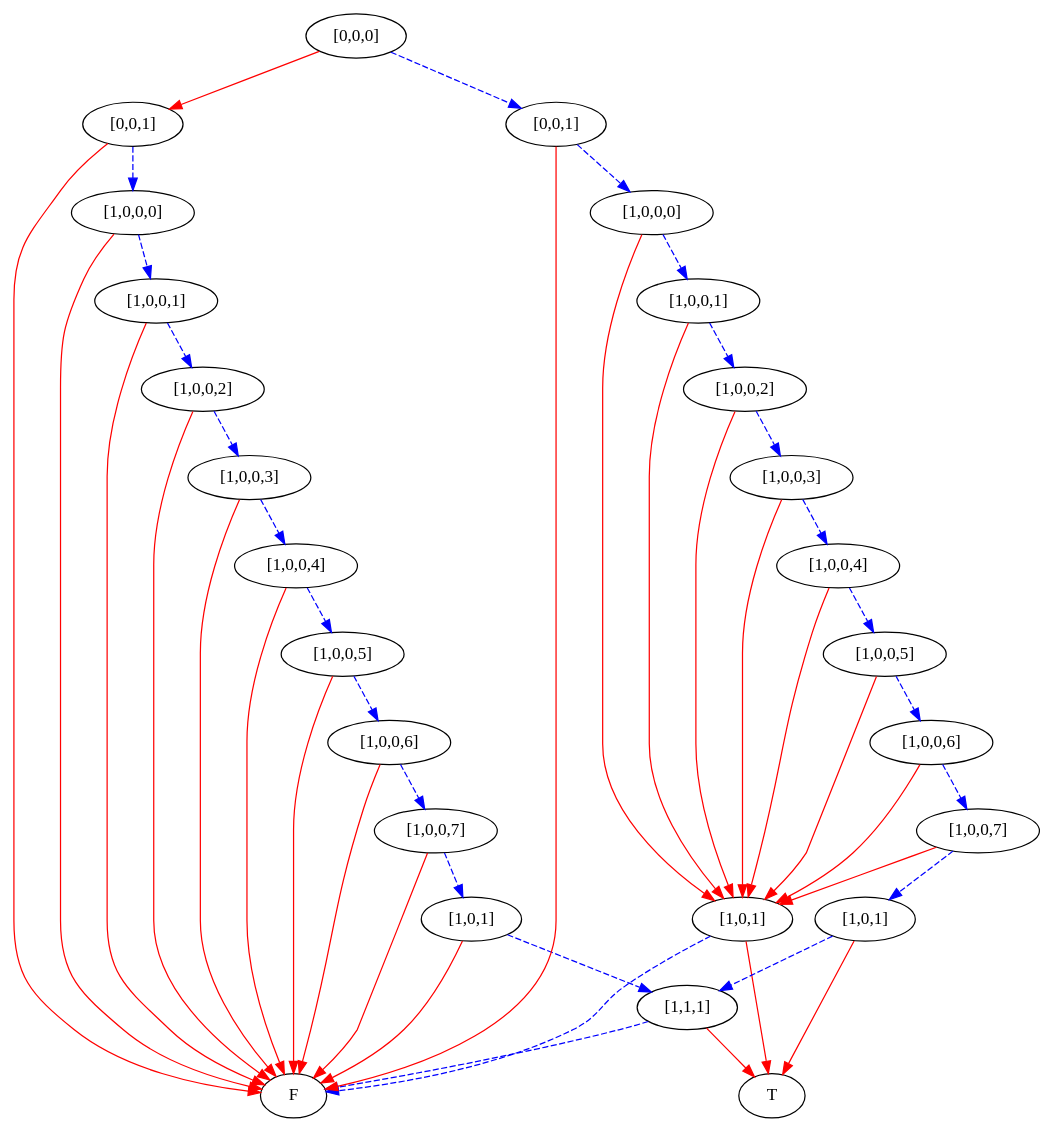
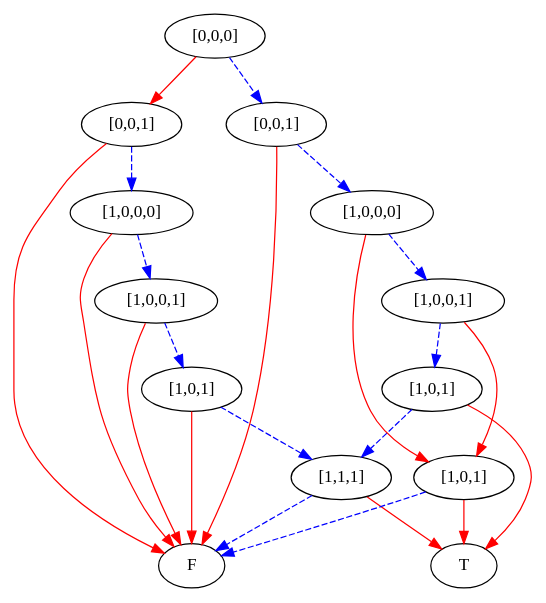
The diagram in simpleProgram5bstates/2.dot (mburyakov/minxmod), drawn with Graphviz before and after one commit. The commit also changed 11 other files, not shown here.

```diff
--- a/simpleProgram5bstates/2.dot
+++ b/simpleProgram5bstates/2.dot
@@ -1,96 +1,48 @@
 digraph {
     1 [label=F];
     2 [label=T];
     3 [label="[1,1,1]"];
     4 [label="[1,0,1]"];
-    5 [label="[1,0,0,7]"];
-    6 [label="[1,0,0,6]"];
-    7 [label="[1,0,0,5]"];
-    8 [label="[1,0,0,4]"];
-    9 [label="[1,0,0,3]"];
-    10 [label="[1,0,0,2]"];
-    11 [label="[1,0,0,1]"];
-    12 [label="[1,0,0,0]"];
-    13 [label="[0,0,1]"];
-    14 [label="[1,0,1]"];
-    15 [label="[1,0,1]"];
-    16 [label="[1,0,0,7]"];
-    17 [label="[1,0,0,6]"];
-    18 [label="[1,0,0,5]"];
-    19 [label="[1,0,0,4]"];
-    20 [label="[1,0,0,3]"];
-    21 [label="[1,0,0,2]"];
-    22 [label="[1,0,0,1]"];
-    23 [label="[1,0,0,0]"];
-    24 [label="[0,0,1]"];
-    25 [label="[0,0,0]"];
+    5 [label="[1,0,0,1]"];
+    6 [label="[1,0,0,0]"];
+    7 [label="[0,0,1]"];
+    8 [label="[1,0,1]"];
+    9 [label="[1,0,1]"];
+    10 [label="[1,0,0,1]"];
+    11 [label="[1,0,0,0]"];
+    12 [label="[0,0,1]"];
+    13 [label="[0,0,0]"];
     3 -> 1 [style=dashed
            ,color=blue];
     3 -> 2 [color=red];
     4 -> 3 [style=dashed
            ,color=blue];
     4 -> 1 [color=red];
     5 -> 4 [style=dashed
            ,color=blue];
     5 -> 1 [color=red];
     6 -> 5 [style=dashed
            ,color=blue];
     6 -> 1 [color=red];
     7 -> 6 [style=dashed
            ,color=blue];
     7 -> 1 [color=red];
-    8 -> 7 [style=dashed
+    8 -> 1 [style=dashed
            ,color=blue];
-    8 -> 1 [color=red];
-    9 -> 8 [style=dashed
+    8 -> 2 [color=red];
+    9 -> 3 [style=dashed
            ,color=blue];
-    9 -> 1 [color=red];
+    9 -> 2 [color=red];
+    10 -> 8 [color=red];
     10 -> 9 [style=dashed
             ,color=blue];
-    10 -> 1 [color=red];
+    11 -> 8 [color=red];
     11 -> 10 [style=dashed
              ,color=blue];
-    11 -> 1 [color=red];
     12 -> 11 [style=dashed
              ,color=blue];
     12 -> 1 [color=red];
+    13 -> 7 [color=red];
     13 -> 12 [style=dashed
              ,color=blue];
-    13 -> 1 [color=red];
-    14 -> 1 [style=dashed
-            ,color=blue];
-    14 -> 2 [color=red];
-    15 -> 3 [style=dashed
-            ,color=blue];
-    15 -> 2 [color=red];
-    16 -> 14 [color=red];
-    16 -> 15 [style=dashed
-             ,color=blue];
-    17 -> 14 [color=red];
-    17 -> 16 [style=dashed
-             ,color=blue];
-    18 -> 14 [color=red];
-    18 -> 17 [style=dashed
-             ,color=blue];
-    19 -> 14 [color=red];
-    19 -> 18 [style=dashed
-             ,color=blue];
-    20 -> 14 [color=red];
-    20 -> 19 [style=dashed
-             ,color=blue];
-    21 -> 14 [color=red];
-    21 -> 20 [style=dashed
-             ,color=blue];
-    22 -> 14 [color=red];
-    22 -> 21 [style=dashed
-             ,color=blue];
-    23 -> 14 [color=red];
-    23 -> 22 [style=dashed
-             ,color=blue];
-    24 -> 23 [style=dashed
-             ,color=blue];
-    24 -> 1 [color=red];
-    25 -> 13 [color=red];
-    25 -> 24 [style=dashed
-             ,color=blue];
 }
```
